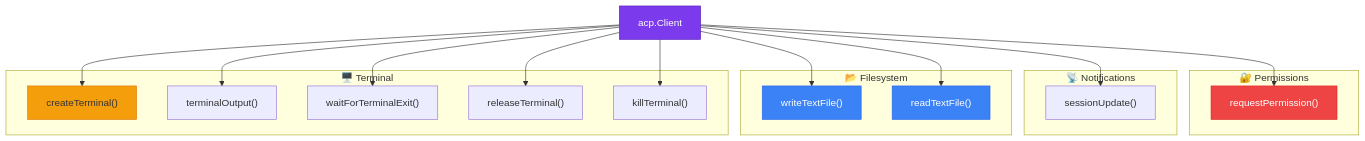
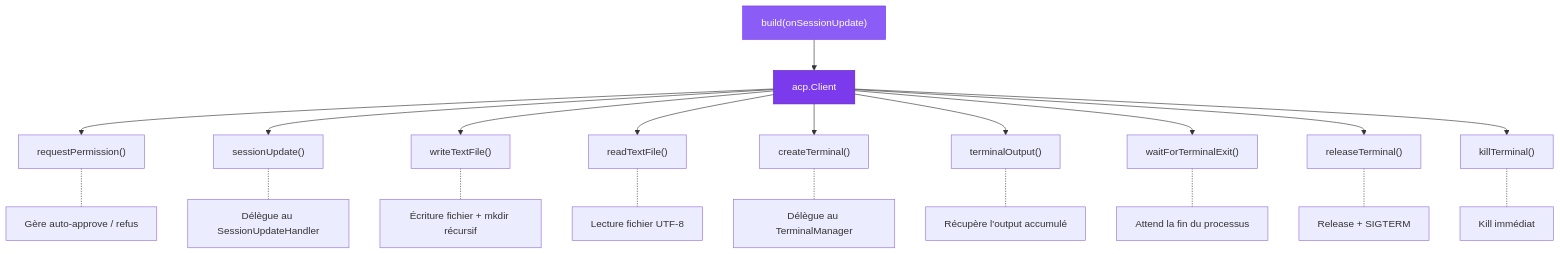
The second of 10 diagrams in docs/components/acp-client-factory.md (atinseau/stark), drawn with Mermaid before and after one commit. The commit also changed other lines of this file and 13 other files, not shown here.

````diff
--- a/docs/components/acp-client-factory.md
+++ b/docs/components/acp-client-factory.md
@@ -125,35 +114,27 @@
 ```mermaid
 graph TB
-    CLIENT["acp.Client"]
+    BUILD["build(onSessionUpdate)"] --> CLIENT["acp.Client"]
 
-    subgraph "🔐 Permissions"
-        RP["requestPermission()"]
-    end
+    CLIENT --> P["requestPermission()"]
+    CLIENT --> SU["sessionUpdate()"]
+    CLIENT --> W["writeTextFile()"]
+    CLIENT --> R["readTextFile()"]
+    CLIENT --> CT["createTerminal()"]
+    CLIENT --> TO["terminalOutput()"]
+    CLIENT --> WE["waitForTerminalExit()"]
+    CLIENT --> RT["releaseTerminal()"]
+    CLIENT --> KT["killTerminal()"]
 
-    subgraph "📡 Notifications"
-        SU["sessionUpdate()"]
-    end
+    P -.- P_DESC["Gère auto-approve / refus"]
+    SU -.- SU_DESC["Délègue au SessionUpdateHandler"]
+    W -.- W_DESC["Écriture fichier + mkdir récursif"]
+    R -.- R_DESC["Lecture fichier UTF-8"]
+    CT -.- CT_DESC["Délègue au TerminalManager"]
+    TO -.- TO_DESC["Récupère l'output accumulé"]
+    WE -.- WE_DESC["Attend la fin du processus"]
+    RT -.- RT_DESC["Release + SIGTERM"]
+    KT -.- KT_DESC["Kill immédiat"]
 
-    subgraph "📂 Filesystem"
-        WTF["writeTextFile()"]
-        RTF["readTextFile()"]
-    end
-
-    subgraph "🖥️ Terminal"
-        CT["createTerminal()"]
-        TO["terminalOutput()"]
-        WTE["waitForTerminalExit()"]
-        RT["releaseTerminal()"]
-        KT["killTerminal()"]
-    end
-
-    CLIENT --> RP & SU
-    CLIENT --> WTF & RTF
-    CLIENT --> CT & TO & WTE & RT & KT
-
+    style BUILD fill:#8b5cf6,stroke:#7c3aed,color:#fff
     style CLIENT fill:#7c3aed,stroke:#5b21b6,color:#fff
-    style RP fill:#ef4444,stroke:#dc2626,color:#fff
-    style WTF fill:#3b82f6,stroke:#2563eb,color:#fff
-    style RTF fill:#3b82f6,stroke:#2563eb,color:#fff
-    style CT fill:#f59e0b,stroke:#d97706
 ```
````
